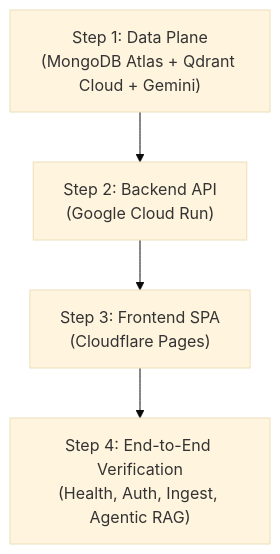
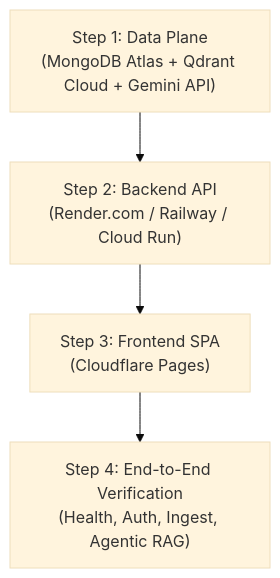
The diagram in docs/deployment/DEPLOYMENT_GUIDE.md (MaithreshVaddi-27/TrustRAG), drawn with Mermaid (base theme) before and after one commit. The commit also changed other lines of this file and 4 other files, not shown here.

Commit message:
feat(deploy): add Render.yaml blueprint, Railway config, and CPU thread memory optimization

````diff
--- a/docs/deployment/DEPLOYMENT_GUIDE.md
+++ b/docs/deployment/DEPLOYMENT_GUIDE.md
@@ -16,6 +16,6 @@
 ```mermaid
 graph TD
-    A["Step 1: Data Plane<br/>(MongoDB Atlas + Qdrant Cloud + Gemini)"] --> B["Step 2: Backend API<br/>(Google Cloud Run)"]
+    A["Step 1: Data Plane<br/>(MongoDB Atlas + Qdrant Cloud + Gemini API)"] --> B["Step 2: Backend API<br/>(Render.com / Railway / Cloud Run)"]
     B --> C["Step 3: Frontend SPA<br/>(Cloudflare Pages)"]
     C --> D["Step 4: End-to-End Verification<br/>(Health, Auth, Ingest, Agentic RAG)"]
 ```
````
